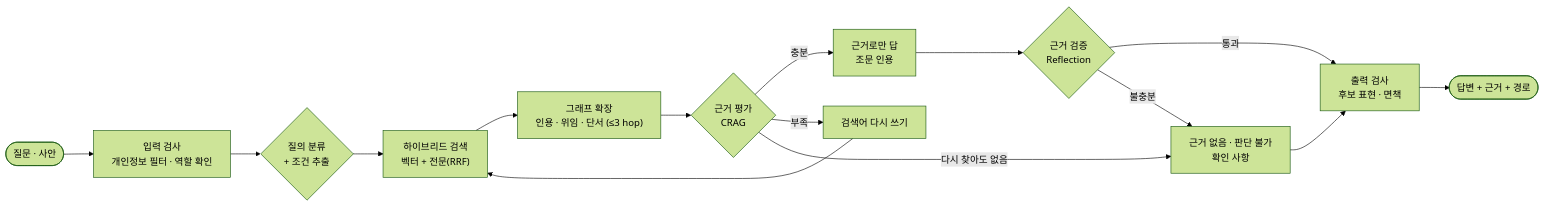
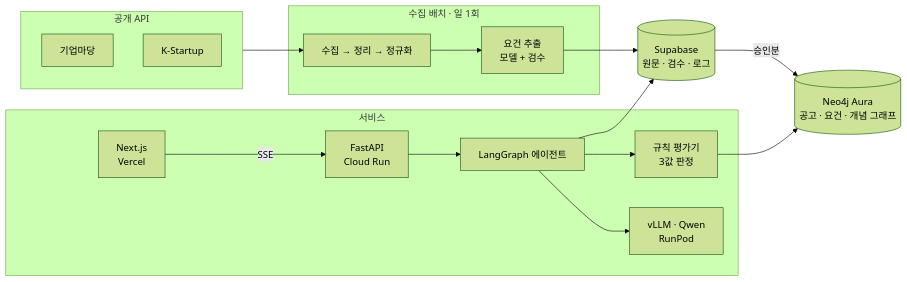
Before and after one commit to encore-ai-campus/mle-01-final-team2: the second of 2 diagrams in README.md, drawn with Mermaid (forest theme). The commit also changed other lines of this file, not shown here.

````diff
--- a/README.md
+++ b/README.md
@@ -150,17 +120,21 @@
 ```mermaid
 flowchart LR
-  Q(["질문 · 사안"]) --> IN["입력 검사<br/>개인정보 필터 · 역할 확인"]
-  IN --> CL{"질의 분류<br/>+ 조건 추출"}
-  CL --> RT["하이브리드 검색<br/>벡터 + 전문(RRF)"]
-  RT --> GX["그래프 확장<br/>인용 · 위임 · 단서 (≤3 hop)"]
-  GX --> GR{"근거 평가<br/>CRAG"}
-  GR -->|"충분"| AN["근거로만 답<br/>조문 인용"]
-  GR -->|"부족"| RW["검색어 다시 쓰기"]
-  RW --> RT
-  GR -->|"다시 찾아도 없음"| UD["근거 없음 · 판단 불가<br/>확인 사항"]
-  AN --> VF{"근거 검증<br/>Reflection"}
-  VF -->|"통과"| OUT["출력 검사<br/>후보 표현 · 면책"]
-  VF -->|"불충분"| UD
-  UD --> OUT
-  OUT --> R(["답변 + 근거 + 경로"])
+  subgraph SRC["공개 API"]
+    BZ["기업마당"]
+    KS["K-Startup"]
+  end
+  subgraph BATCH["수집 배치 · 일 1회"]
+    I["수집 → 정리 → 정규화"] --> X["요건 추출<br/>모델 + 검수"]
+  end
+  SRC --> I
+  X --> SB[("Supabase<br/>원문 · 검수 · 로그")]
+  SB -->|승인분| NJ[("Neo4j Aura<br/>공고 · 요건 · 개념 그래프")]
+  subgraph SERVE["서비스"]
+    W["Next.js<br/>Vercel"] -->|SSE| A["FastAPI<br/>Cloud Run"]
+    A --> AG["LangGraph 에이전트"]
+    AG --> EV["규칙 평가기<br/>3값 판정"]
+    AG --> LM["vLLM · Qwen<br/>RunPod"]
+  end
+  EV --> NJ
+  AG --> SB
 ```
````
